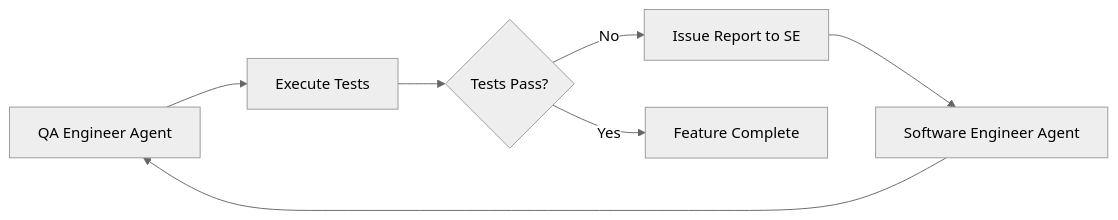
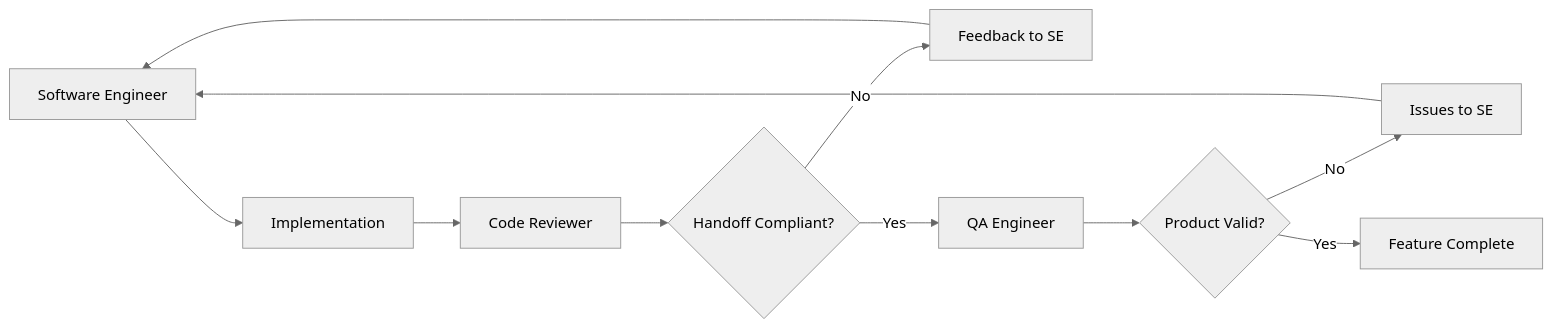
Before and after one commit to jnhaffey/AI-Agent-Project-Instruction-Generator: the fourth of 4 diagrams in README.md, drawn with Mermaid (neutral theme). The commit also changed other lines of this file and 5 other files, not shown here.

````diff
--- a/README.md
+++ b/README.md
@@ -241,9 +284,13 @@
 ```mermaid
 graph LR
-    A[QA Engineer Agent] --> B[Execute Tests]
-    B --> C{Tests Pass?}
-    C -->|No| D[Issue Report to SE]
-    C -->|Yes| E[Feature Complete]
-    D --> F[Software Engineer Agent]
-    F --> A
+    A[Software Engineer] --> B[Implementation]
+    B --> C[Code Reviewer]
+    C --> D{Handoff Compliant?}
+    D -->|No| E[Feedback to SE]
+    D -->|Yes| F[QA Engineer]
+    E --> A
+    F --> G{Product Valid?}
+    G -->|No| H[Issues to SE]
+    G -->|Yes| I[Feature Complete]
+    H --> A
 ```
````
